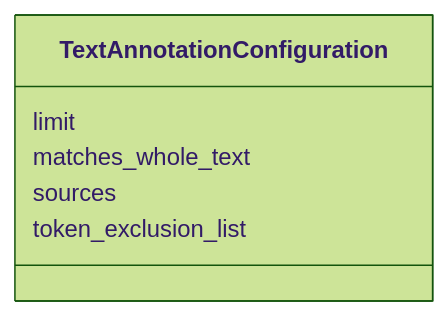
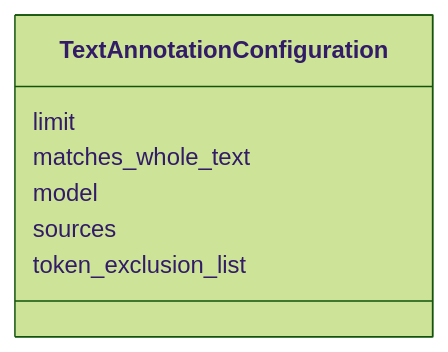
One commit to INCATools/ontology-access-kit changed the diagram in text-annotator/TextAnnotationConfiguration.md. Above: the diagram before and after it, drawn with Mermaid (forest theme). The commit also changed other lines of this file and 68 other files, not shown here.

````diff
--- a/text-annotator/TextAnnotationConfiguration.md
+++ b/text-annotator/TextAnnotationConfiguration.md
@@ -10,9 +10,10 @@
 ```{mermaid}
  classDiagram
     class TextAnnotationConfiguration
       TextAnnotationConfiguration : limit
       TextAnnotationConfiguration : matches_whole_text
+      TextAnnotationConfiguration : model
       TextAnnotationConfiguration : sources
       TextAnnotationConfiguration : token_exclusion_list
       
 ```
````
